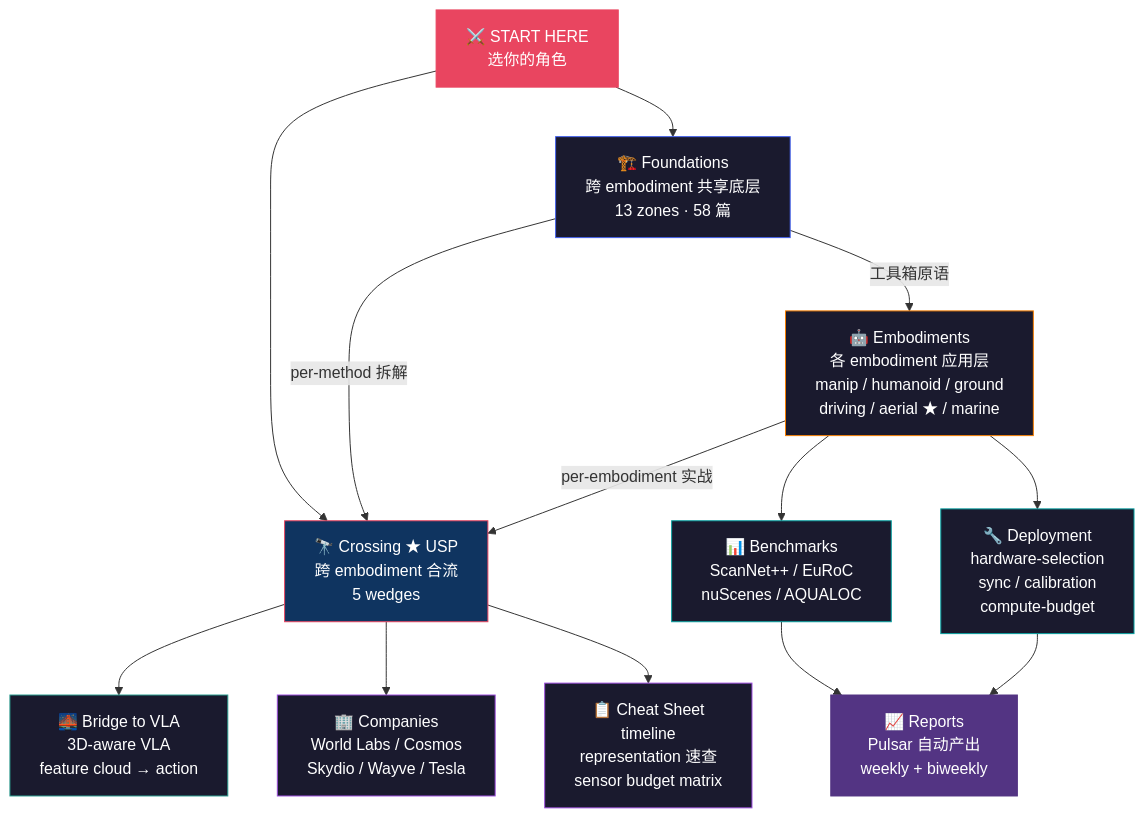
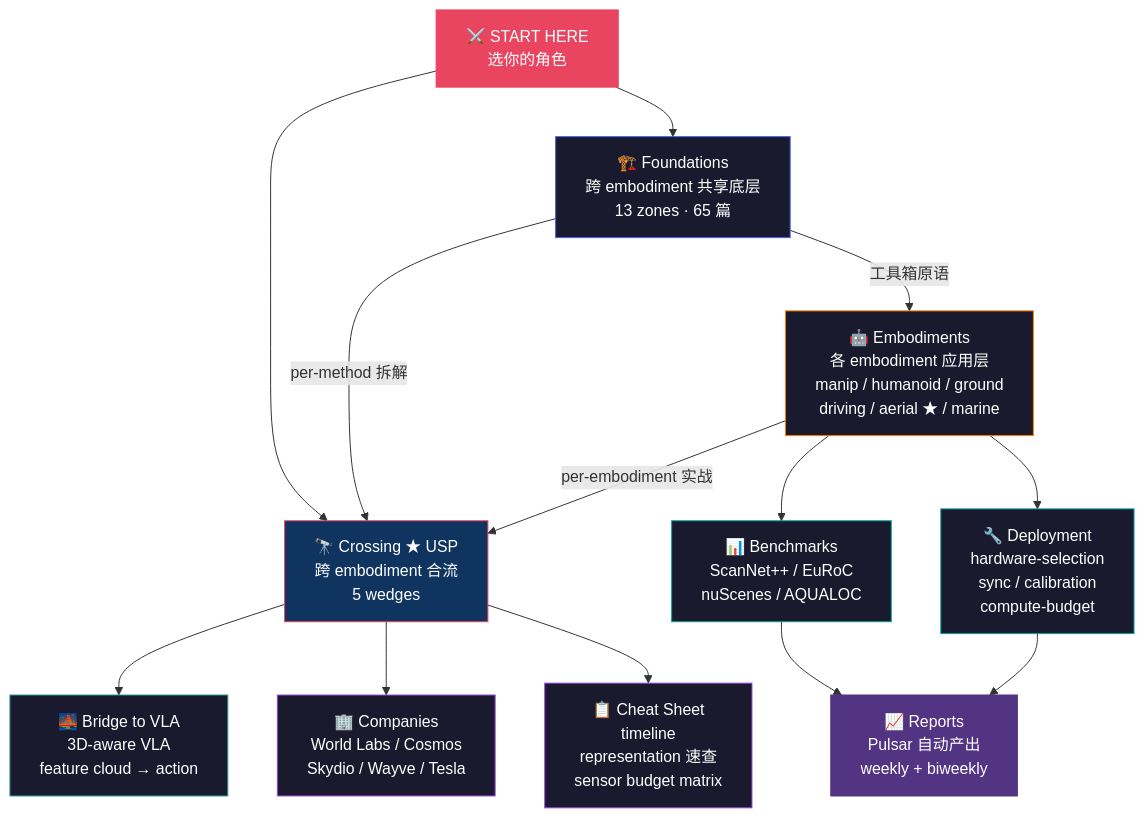
The diagram in README.md (sou350121/Spatial-Intelligence-Handbook), drawn with Mermaid before and after one commit. The commit also changed other lines of this file and 8 other files, not shown here.

````diff
--- a/README.md
+++ b/README.md
@@ -48,31 +48,31 @@
 ```mermaid
 graph TD
-    START["⚔️ START HERE<br/>选你的角色"] --> FOUND["🏗️ Foundations<br/>跨 embodiment 共享底层<br/>13 zones · 58 篇"]
+    START["⚔️ START HERE<br/>选你的角色"] --> FOUND["🏗️ Foundations<br/>跨 embodiment 共享底层<br/>13 zones · 65 篇"]
     START --> CROSS["🔭 Crossing ★ USP<br/>跨 embodiment 合流<br/>5 wedges"]
 
     FOUND -->|"工具箱原语"| EMB["🤖 Embodiments<br/>各 embodiment 应用层<br/>manip / humanoid / ground<br/>driving / aerial ★ / marine"]
     FOUND -->|"per-method 拆解"| CROSS
 
     EMB -->|"per-embodiment 实战"| CROSS
 
     CROSS --> BRIDGE["🌉 Bridge to VLA<br/>3D-aware VLA<br/>feature cloud → action"]
     CROSS --> COMP["🏢 Companies<br/>World Labs / Cosmos<br/>Skydio / Wayve / Tesla"]
     CROSS --> CHEAT["📋 Cheat Sheet<br/>timeline<br/>representation 速查<br/>sensor budget matrix"]
 
     EMB --> BENCH["📊 Benchmarks<br/>ScanNet++ / EuRoC<br/>nuScenes / AQUALOC"]
     EMB --> DEPLOY["🔧 Deployment<br/>hardware-selection<br/>sync / calibration<br/>compute-budget"]
 
     BENCH --> REP["📈 Reports<br/>Pulsar 自动产出<br/>weekly + biweekly"]
     DEPLOY --> REP
 
     style START fill:#e94560,stroke:#e94560,color:#fff
     style FOUND fill:#1a1a2e,stroke:#4361ee,color:#fff
     style EMB fill:#1a1a2e,stroke:#f77f00,color:#fff
     style CROSS fill:#0f3460,stroke:#e94560,color:#fff
     style BRIDGE fill:#1a1a2e,stroke:#2a9d8f,color:#fff
     style COMP fill:#1a1a2e,stroke:#9d4edd,color:#fff
     style CHEAT fill:#1a1a2e,stroke:#9d4edd,color:#fff
     style BENCH fill:#1a1a2e,stroke:#06a0a0,color:#fff
     style DEPLOY fill:#1a1a2e,stroke:#06a0a0,color:#fff
     style REP fill:#533483,stroke:#533483,color:#fff
 ```
````
